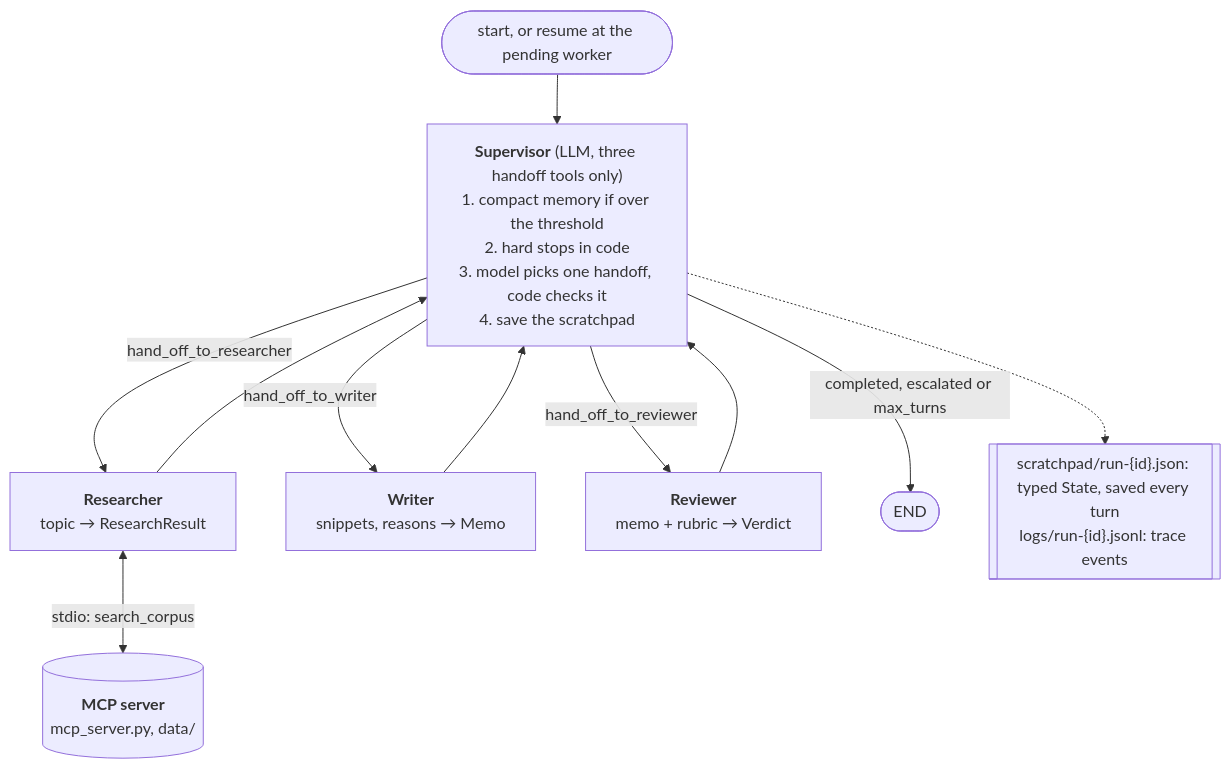
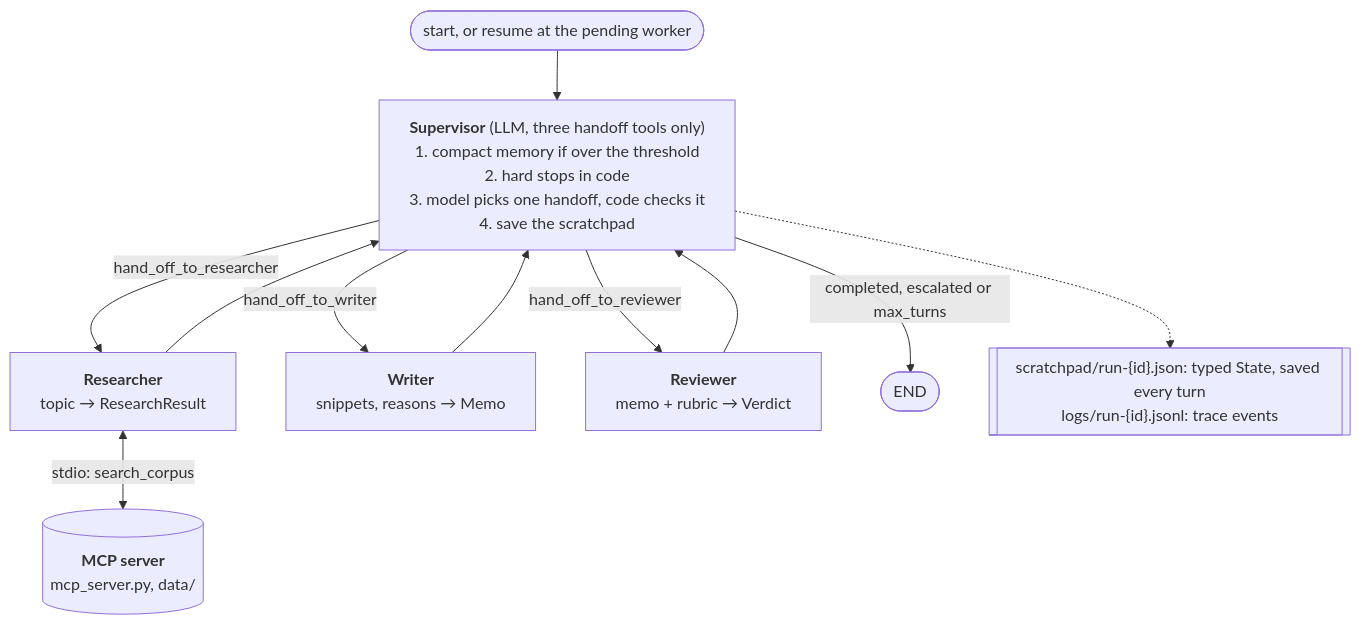
The diagram in docs/ARCHITECTURE.md (clnhrn/multi-agent-research-memo-generator), drawn with Mermaid before and after one commit.

Commit message:
docs: widen the architecture diagram's text wrapping
Longer node lines make the diagram wide and short instead of tall and
narrow, so its labels stay readable when scaled to a page.

````diff
--- a/docs/ARCHITECTURE.md
+++ b/docs/ARCHITECTURE.md
@@ -5,19 +5,20 @@
 ```mermaid
+%%{init: {"flowchart": {"wrappingWidth": 330}}}%%
 flowchart TD
     START(["start, or resume at the pending worker"]) --> SUP
 
     SUP["<b>Supervisor</b> (LLM, three handoff tools only)<br/>1. compact memory if over the threshold<br/>2. hard stops in code<br/>3. model picks one handoff, code checks it<br/>4. save the scratchpad"]
 
     SUP -->|"hand_off_to_researcher"| RES["<b>Researcher</b><br/>topic → ResearchResult"]
     SUP -->|"hand_off_to_writer"| WRI["<b>Writer</b><br/>snippets, reasons → Memo"]
     SUP -->|"hand_off_to_reviewer"| REV["<b>Reviewer</b><br/>memo + rubric → Verdict"]
     SUP -->|"completed, escalated or max_turns"| DONE(["END"])
 
     RES <-->|"stdio: search_corpus"| MCP[("<b>MCP server</b><br/>mcp_server.py, data/")]
 
     RES --> SUP
     WRI --> SUP
     REV --> SUP
 
     SUP -.-> FILES[["scratchpad/run-{id}.json: typed State, saved every turn<br/>logs/run-{id}.jsonl: trace events"]]
 ```
````
